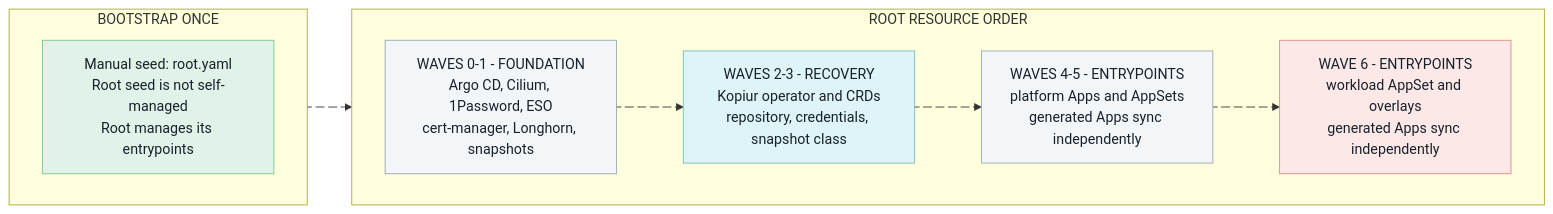
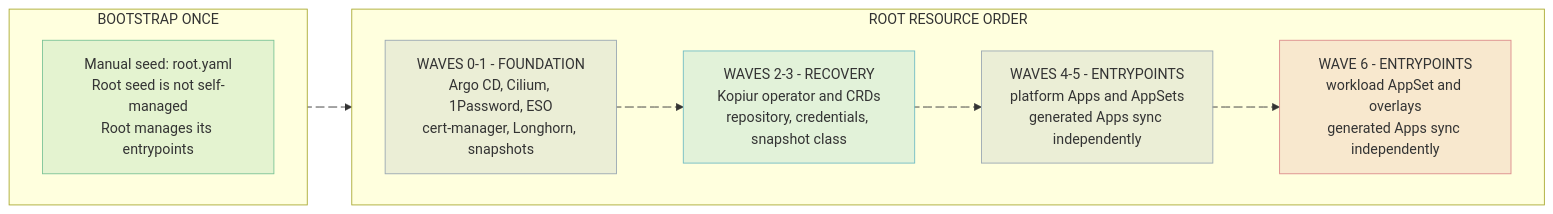
The diagram in docs/domains/argocd/argocd.md (mitchross/talos-argocd-proxmox), drawn with Mermaid before and after one commit. The commit also changed 8 other files, not shown here.

Commit message:
docs: make Mermaid boxes readable in dark mode (#4079)

````diff
--- a/docs/domains/argocd/argocd.md
+++ b/docs/domains/argocd/argocd.md
@@ -11,47 +11,47 @@
 ```mermaid
 flowchart LR
   accTitle: Argo CD bootstrap and sync-wave ordering
   accDescr: A manual seed creates the root Application. Root waves gate direct child Applications. ApplicationSets created in later waves generate independently reconciled Applications; they do not aggregate descendant health.
 
   subgraph BOOTSTRAP["BOOTSTRAP ONCE"]
     direction LR
     BOOT["`Manual seed: root.yaml
     Root seed is not self-managed
     Root manages its entrypoints`"]
   end
 
   subgraph WAVES["ROOT RESOURCE ORDER"]
     direction LR
     W01["`WAVES 0-1 - FOUNDATION
     Argo CD, Cilium, 1Password, ESO
     cert-manager, Longhorn, snapshots`"]
     W23["`WAVES 2-3 - RECOVERY
     Kopiur operator and CRDs
     repository, credentials, snapshot class`"]
     W45["`WAVES 4-5 - ENTRYPOINTS
     platform Apps and AppSets
     generated Apps sync independently`"]
     W6["`WAVE 6 - ENTRYPOINTS
     workload AppSet and overlays
     generated Apps sync independently`"]
     W01 wave12@--> W23
     W23 wave34@--> W45
     W45 wave56@--> W6
   end
 
   BOOT entry@--> W01
 
-  classDef action fill:#fde8e8,stroke:#dc8c8c,color:#17212b
-  classDef desired fill:#e1f3e8,stroke:#7bc397,color:#17212b
-  classDef controller fill:#dff4f6,stroke:#70bcc4,color:#17212b
-  classDef waiting fill:#f3f6f8,stroke:#9aa8b3,color:#17212b
+  classDef action fill:#dc8c8c33,stroke:#dc8c8c
+  classDef desired fill:#7bc39733,stroke:#7bc397
+  classDef controller fill:#70bcc433,stroke:#70bcc4
+  classDef waiting fill:#9aa8b333,stroke:#9aa8b3
   class W6 action
   class BOOT desired
   class W23 controller
   class W01,W45 waiting
 
   entry@{ animation: fast }
   wave12@{ animation: slow }
   wave34@{ animation: slow }
   wave56@{ animation: slow }
 ```
````
